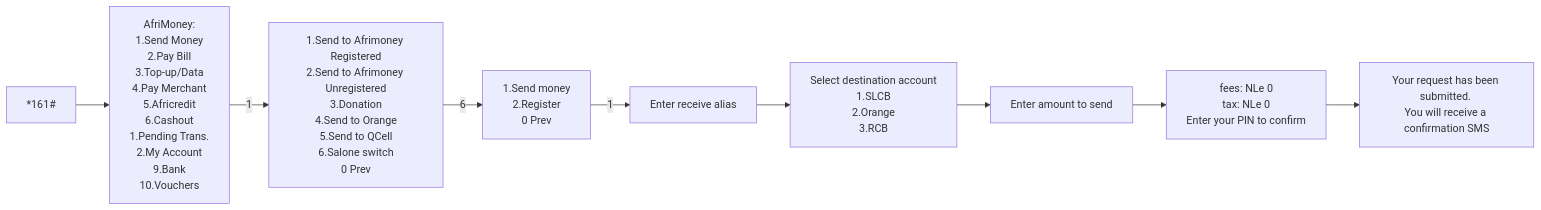
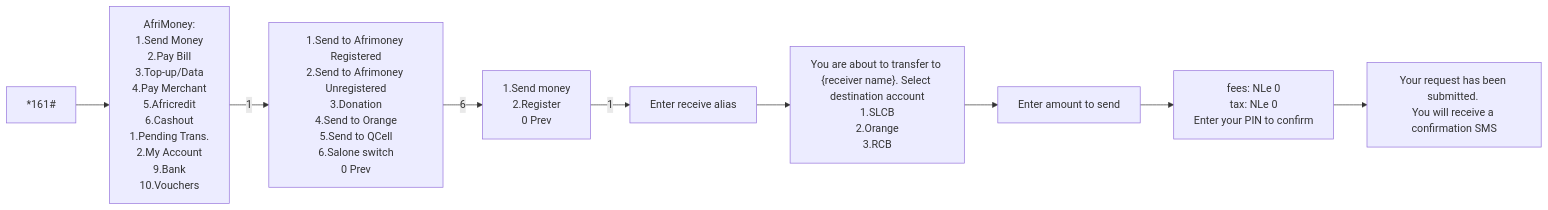
One commit to kiswend/NSS changed the first of 2 diagrams in send-request.md. Above: the diagram before and after it, drawn with Mermaid.

Commit message:
add receiver name in ussd

````diff
--- a/send-request.md
+++ b/send-request.md
@@ -6,61 +6,61 @@
 ```mermaid
 graph LR
 
 
 
 step0["
     *161#
 "]
 
  step1["
  AfriMoney:
 1.Send Money
 2.Pay Bill
 3.Top-up/Data
 4.Pay Merchant
 5.Africredit
 6.Cashout
 1.Pending Trans.
 2.My Account
 9.Bank
 10.Vouchers
 "]
 
 step2["
 1.Send to Afrimoney Registered
 2.Send to Afrimoney Unregistered
 3.Donation
 4.Send to Orange
 5.Send to QCell
 6.Salone switch
 0 Prev
 "]
 
 step2b["
 1.Send money
 2.Register
 0 Prev
 "]
 
 step3[Enter receive alias]
 
-step4["Select destination account
+step4["You are about to transfer to {receiver name}. Select destination account
 1.SLCB
 2.Orange
 3.RCB
 "]
 
 step5["Enter amount to send"]
 
 step6["
     fees: NLe 0
     tax: NLe 0
     Enter your PIN to confirm
 "]
 
 step7["Your request has been submitted. 
 You will receive a confirmation SMS"]
 
 step0 -->step1-->|1|step2-->|6|step2b-->|1|step3-->step4-->step5-->step6-->step7
 
 ```
````
